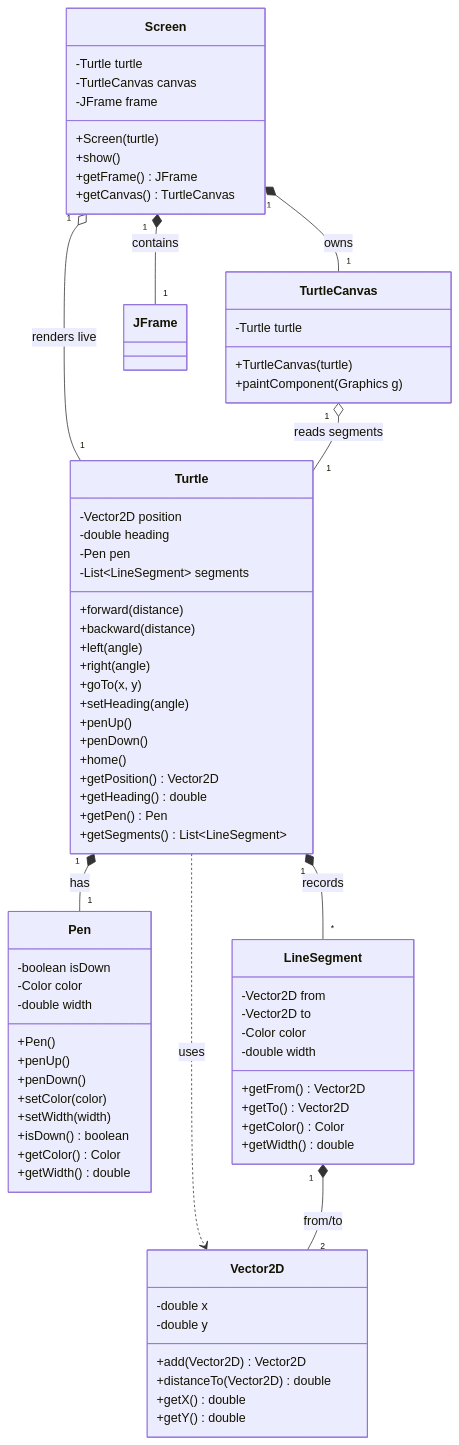
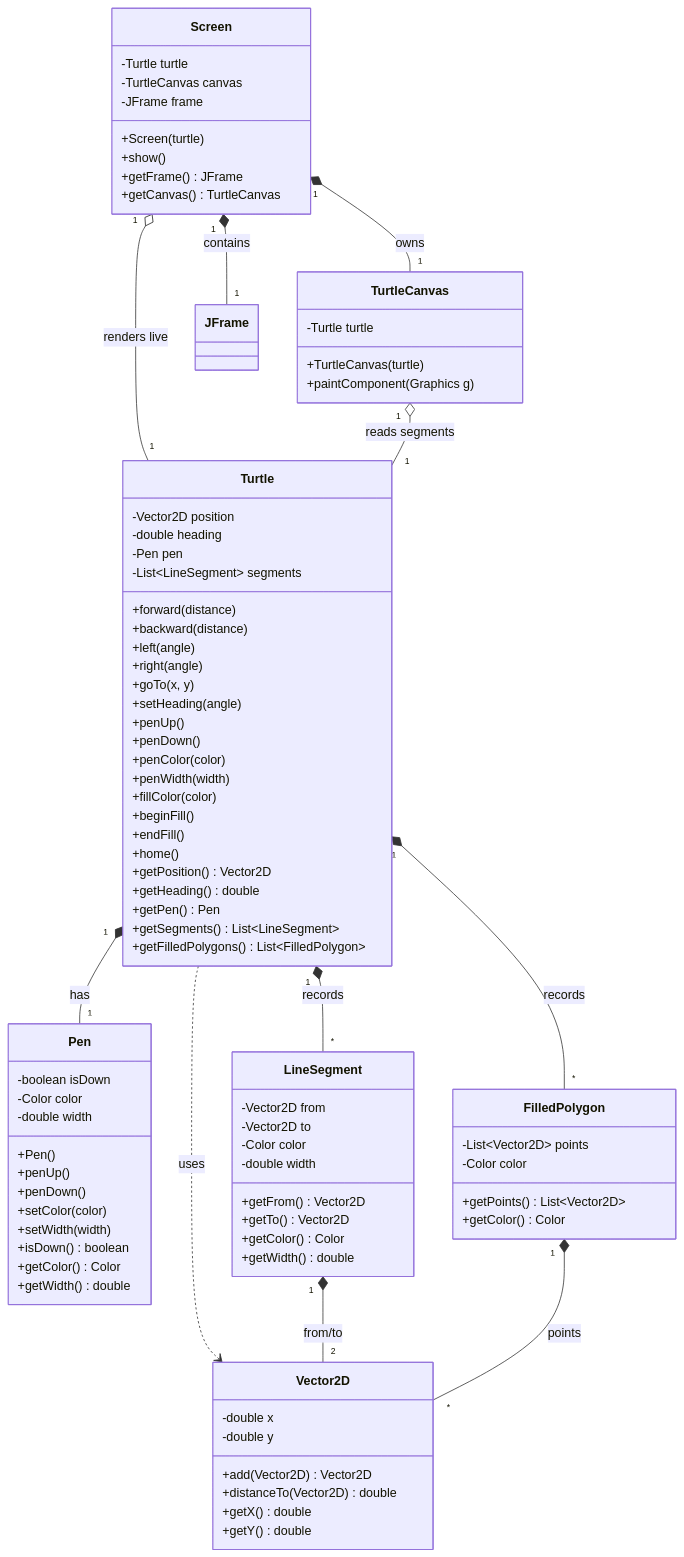
The diagram in docs/design.md (dslakind/turtle), drawn with Mermaid before and after one commit. The commit also changed other lines of this file and 12 other files, not shown here.

```diff
--- a/docs/design.md
+++ b/docs/design.md
@@ -17,11 +17,17 @@
         +setHeading(angle)
         +penUp()
         +penDown()
+        +penColor(color)
+        +penWidth(width)
+        +fillColor(color)
+        +beginFill()
+        +endFill()
         +home()
         +getPosition() Vector2D
         +getHeading() double
         +getPen() Pen
         +getSegments() List~LineSegment~
+        +getFilledPolygons() List~FilledPolygon~
     }
     class Pen {
         -boolean isDown
@@ -54,6 +60,12 @@
         +getColor() Color
         +getWidth() double
     }
+    class FilledPolygon {
+        -List~Vector2D~ points
+        -Color color
+        +getPoints() List~Vector2D~
+        +getColor() Color
+    }
     class Screen {
         -Turtle turtle
         -TurtleCanvas canvas
@@ -71,8 +83,10 @@
 
     Turtle "1" *-- "1" Pen : has
     Turtle "1" *-- "*" LineSegment : records
+    Turtle "1" *-- "*" FilledPolygon : records
     Turtle ..> Vector2D : uses
     LineSegment "1" *-- "2" Vector2D : from/to
+    FilledPolygon "1" *-- "*" Vector2D : points
     Screen "1" o-- "1" Turtle : renders live
     Screen "1" *-- "1" TurtleCanvas : owns
     Screen "1" *-- "1" JFrame : contains
```
